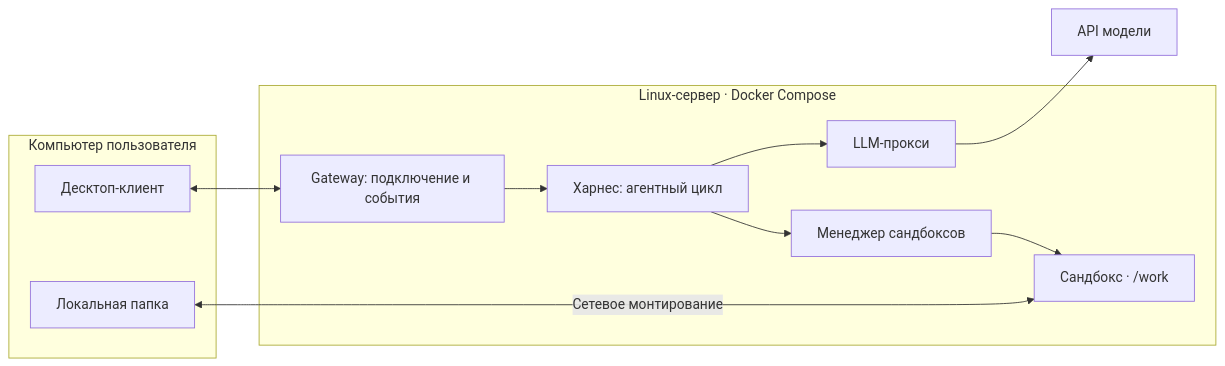
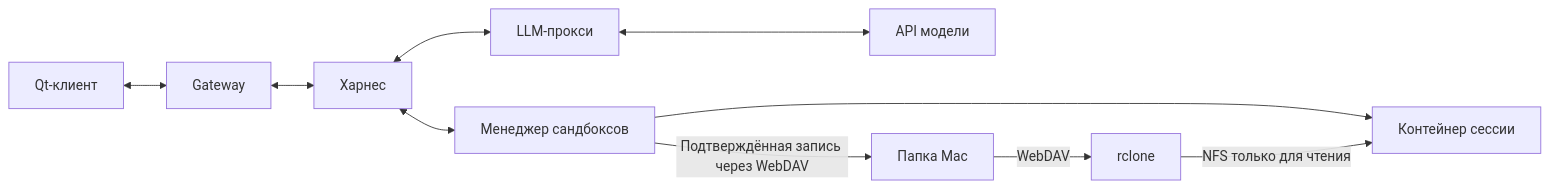
The diagram in README.md (HermanDp45/AgentRuntimeEnvironment), drawn with Mermaid before and after one commit. The commit also changed other lines of this file and 43 other files, not shown here.

````diff
--- a/README.md
+++ b/README.md
@@ -24,20 +16,11 @@
 ```mermaid
 flowchart LR
-    subgraph Mac[Компьютер пользователя]
-        Client[Десктоп-клиент]
-        Folder[Локальная папка]
-    end
-    subgraph Linux[Linux-сервер · Docker Compose]
-        Gateway[Gateway: подключение и события]
-        Harness[Харнес: агентный цикл]
-        Proxy[LLM-прокси]
-        Manager[Менеджер сандбоксов]
-        Sandbox[Сандбокс · /work]
-        Gateway --> Harness
-        Harness --> Proxy
-        Harness --> Manager --> Sandbox
-    end
-    Client <--> Gateway
-    Folder <-->|Сетевое монтирование| Sandbox
-    Proxy --> Model[API модели]
+    Client[Qt-клиент] <--> Gateway
+    Gateway <--> Harness[Харнес]
+    Harness <--> Proxy[LLM-прокси] <--> Model[API модели]
+    Harness <--> Manager[Менеджер сандбоксов]
+    Manager --> Sandbox[Контейнер сессии]
+    Folder[Папка Mac] -->|WebDAV| Helper[rclone]
+    Helper -->|NFS только для чтения| Sandbox
+    Manager -->|Подтверждённая запись через WebDAV| Folder
 ```
````
